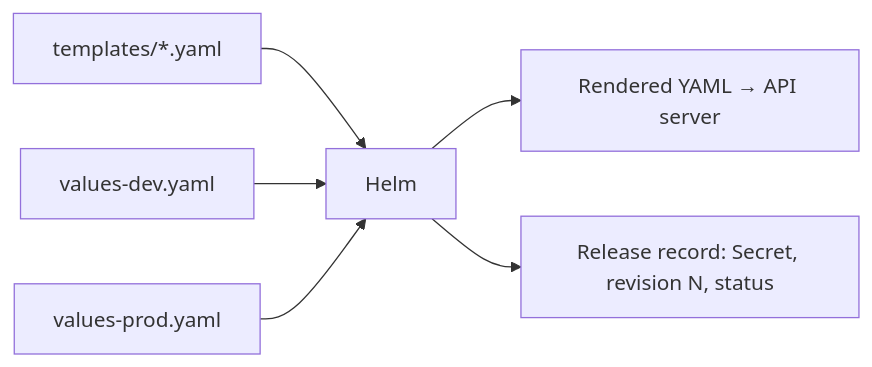
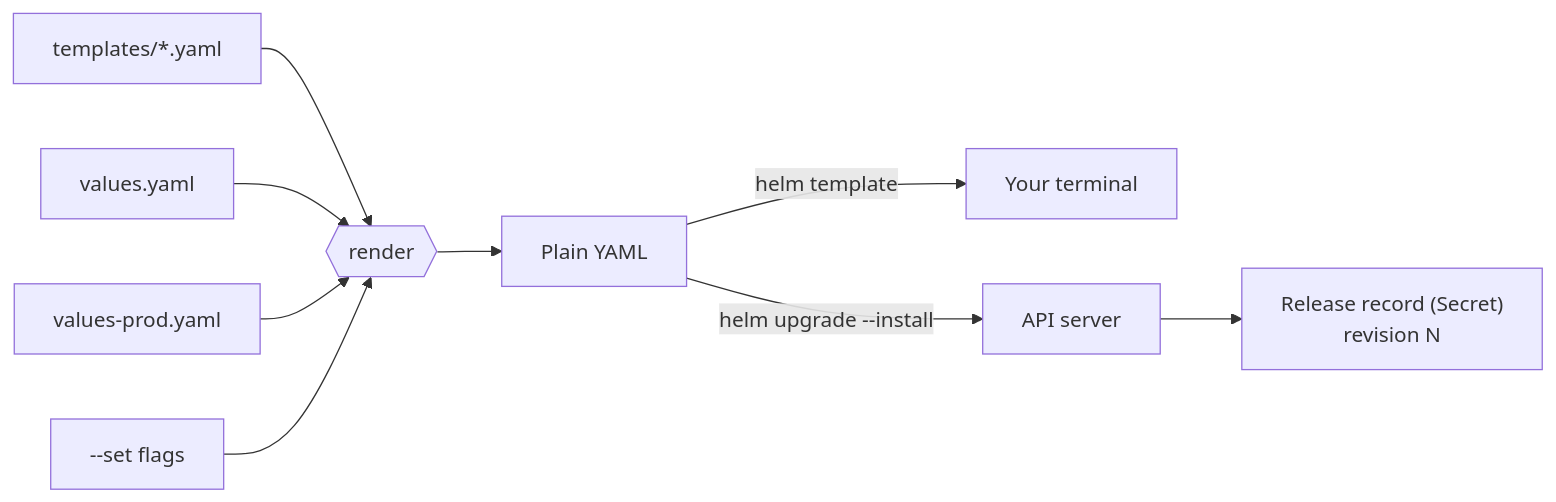
Before and after one commit to darshan-raul/apollo11-docs: the diagram in docs/learn/delivery/rendering-and-helm.md, drawn with Mermaid. The commit also changed other lines of this file and 4 other files, not shown here.

````diff
--- a/docs/learn/delivery/rendering-and-helm.md
+++ b/docs/learn/delivery/rendering-and-helm.md
@@ -29,8 +52,11 @@
 ```mermaid
 flowchart LR
-  T[templates/*.yaml] --> H[Helm]
-  V1[values-dev.yaml] --> H
-  V2[values-prod.yaml] --> H
-  H --> Y[Rendered YAML → API server]
-  H --> R[Release record: Secret, revision N, status]
+  T[templates/*.yaml] --> R{{render}}
+  V[values.yaml] --> R
+  E[values-prod.yaml] --> R
+  S[--set flags] --> R
+  R --> Y[Plain YAML]
+  Y -->|helm template| Screen[Your terminal]
+  Y -->|helm upgrade --install| API[API server]
+  API --> Rec["Release record (Secret)<br/>revision N"]
 ```
````
